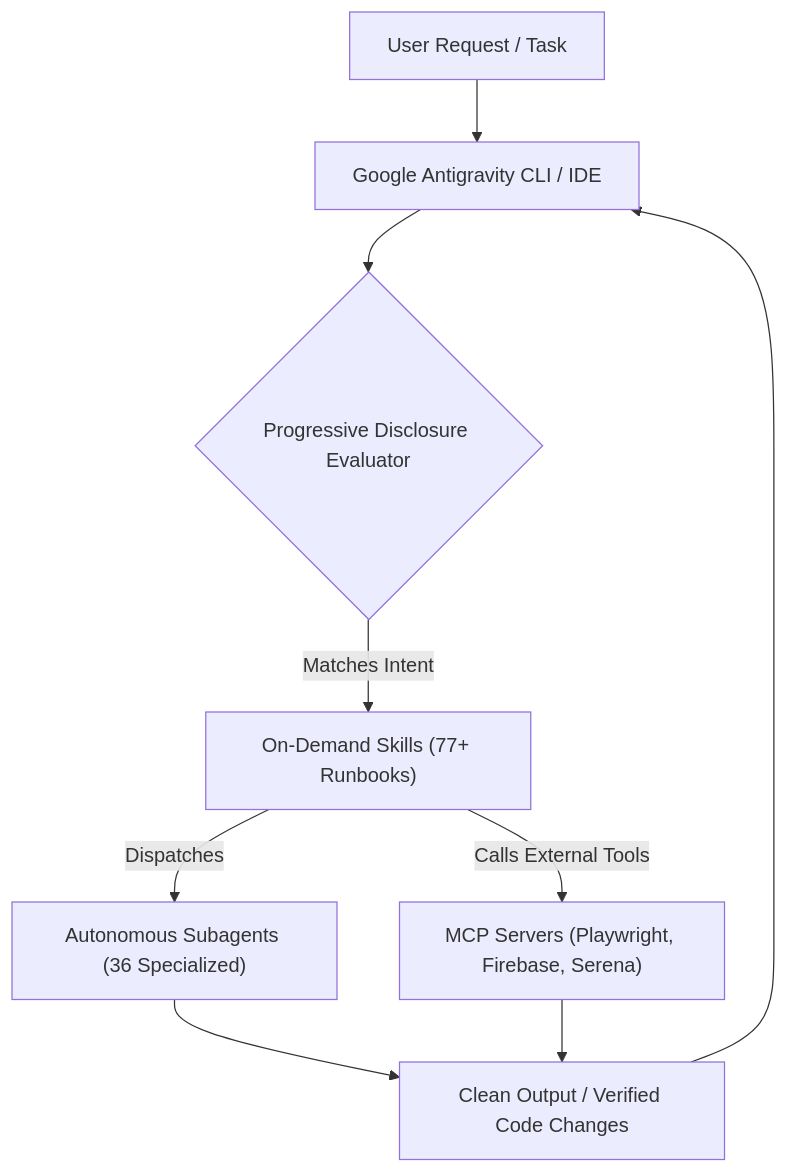
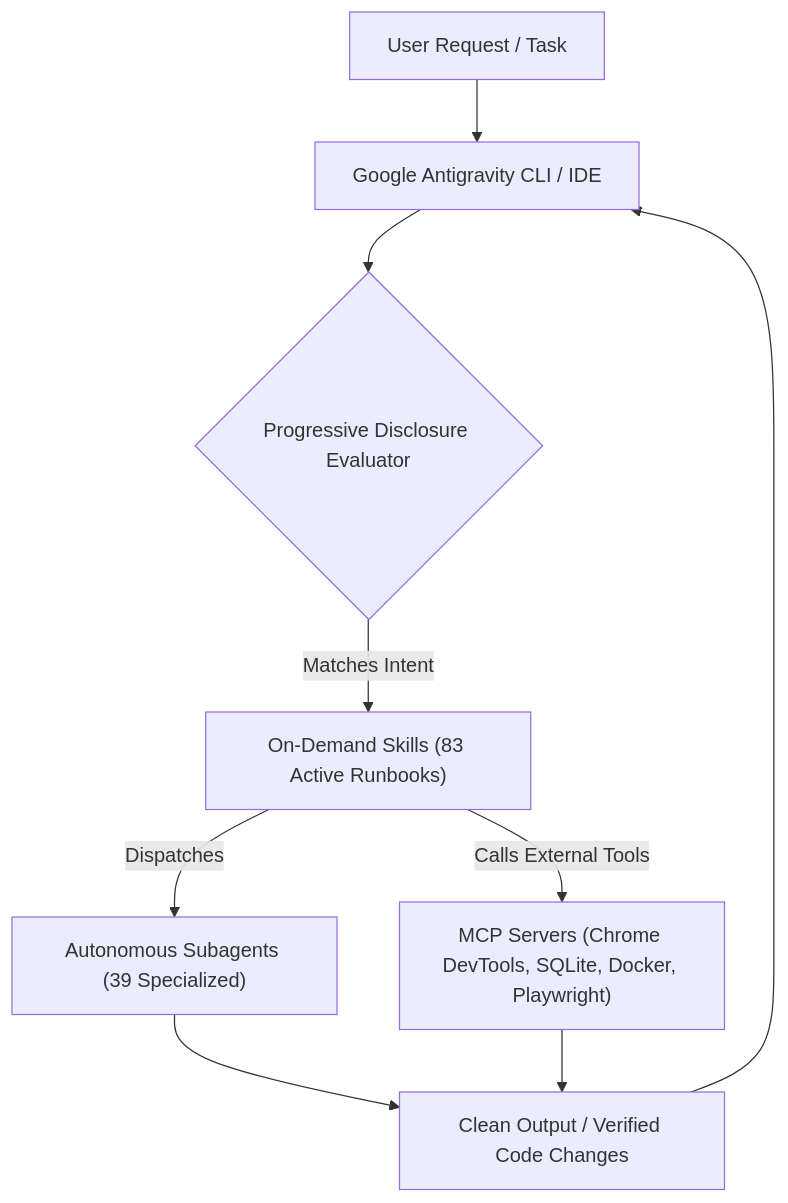
One commit to Ganeshbeldar015/Antigravity-Skills changed the diagram in README.md. Above: the diagram before and after it, drawn with Mermaid. The commit also changed other lines of this file and 28 other files, not shown here.

Commit message:
feat: add 3 new plugins (database-tools, docker-devops, chrome-devtools) with 6 skills, 3 subagents, and 4 MCP servers

````diff
--- a/README.md
+++ b/README.md
@@ -226,19 +233,19 @@
 ```mermaid
 flowchart TD
     U["User Request / Task"]
     CLI["Google Antigravity CLI / IDE"]
     PD{"Progressive Disclosure Evaluator"}
-    SK["On-Demand Skills (77+ Runbooks)"]
-    AG["Autonomous Subagents (36 Specialized)"]
-    MCP["MCP Servers (Playwright, Firebase, Serena)"]
+    SK["On-Demand Skills (83 Active Runbooks)"]
+    AG["Autonomous Subagents (39 Specialized)"]
+    MCP["MCP Servers (Chrome DevTools, SQLite, Docker, Playwright)"]
     RES["Clean Output / Verified Code Changes"]
 
     U --> CLI
     CLI --> PD
     PD -->|Matches Intent| SK
     SK -->|Dispatches| AG
     SK -->|Calls External Tools| MCP
     AG --> RES
     MCP --> RES
     RES --> CLI
 ```
````
